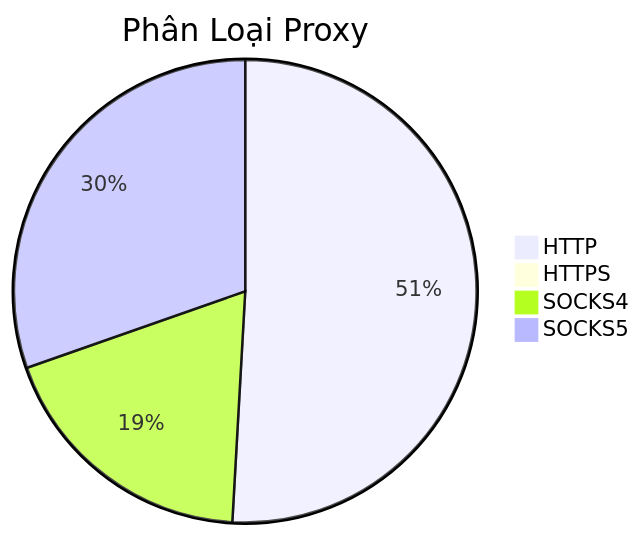
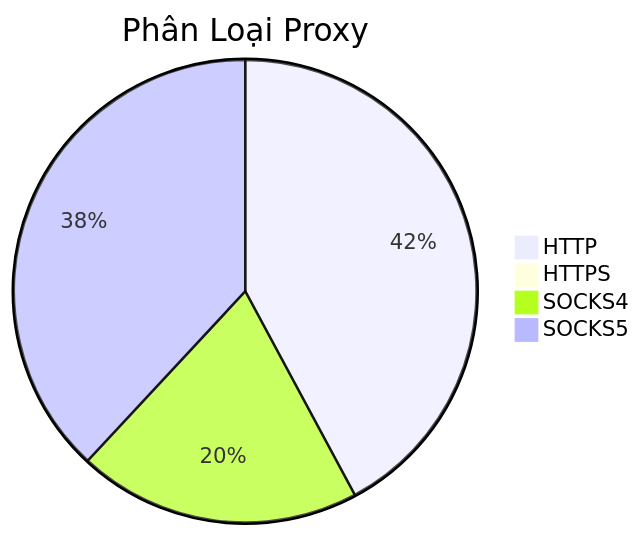
One commit to Ciara-Aa/PROXY-free changed the diagram in README.md. Above: the diagram before and after it, drawn with Mermaid. The commit also changed other lines of this file and 4 other files, not shown here.

````diff
--- a/README.md
+++ b/README.md
@@ -26,7 +26,7 @@
 ```mermaid
 pie title Phân Loại Proxy
-    "HTTP" : 372
+    "HTTP" : 228
     "HTTPS" : 3
-    "SOCKS4" : 137
-    "SOCKS5" : 222
+    "SOCKS4" : 107
+    "SOCKS5" : 206
 ```
````
